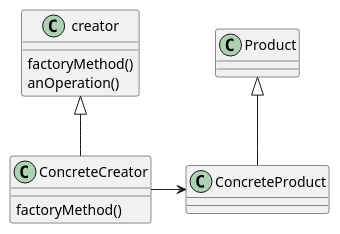
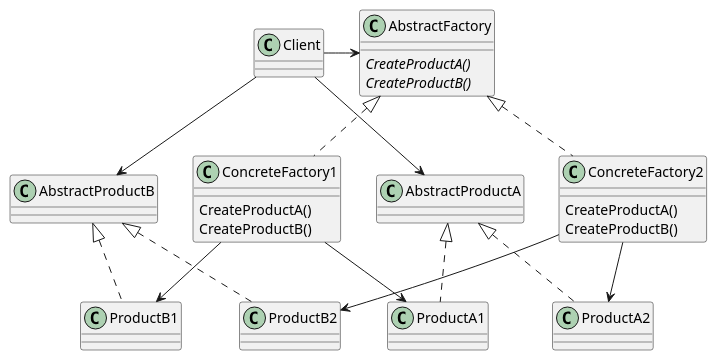
Before and after one commit to tcfh2016/knowledge-map: the diagram in T/software-craft/design-pattern/factory/abstract_factory/abstract_factory_class.puml, drawn with PlantUML. The commit also changed 3 other files, not shown here.

Commit message:
note for abstract factory.

```diff
--- a/T/software-craft/design-pattern/factory/abstract_factory/abstract_factory_class.puml
+++ b/T/software-craft/design-pattern/factory/abstract_factory/abstract_factory_class.puml
@@ -1,26 +1,51 @@
 @startuml
 
-class creator {
-  factoryMethod()
-  anOperation()
-}
-
-creator <|-- ConcreteCreator
-
-class ConcreteCreator {
-  factoryMethod()
-}
-
-class Product {
+class Client {
 
 }
 
-Product <|-- ConcreteProduct
+class AbstractFactory {
+  {abstract} CreateProductA()
+  {abstract} CreateProductB()
+}
 
-class ConcreteProduct {
+Client -> AbstractFactory
+
+class ConcreteFactory1 {
+  CreateProductA()
+  CreateProductB()
+}
+class ConcreteFactory2 {
+  CreateProductA()
+  CreateProductB()
+}
+
+AbstractFactory <|.. ConcreteFactory1
+AbstractFactory <|.. ConcreteFactory2
+
+' Product Series
+
+class AbstractProductA {
 
 }
 
-ConcreteCreator -> ConcreteProduct
+AbstractProductA <|.. ProductA1
+AbstractProductA <|.. ProductA2
+
+class AbstractProductB {
+
+}
+
+AbstractProductB <|.. ProductB1
+AbstractProductB <|.. ProductB2
+
+ConcreteFactory1 --> ProductA1
+ConcreteFactory1 --> ProductB1
+
+ConcreteFactory2 --> ProductA2
+ConcreteFactory2 --> ProductB2
+
+Client --> AbstractProductA
+Client --> AbstractProductB
 
 @enduml
```
